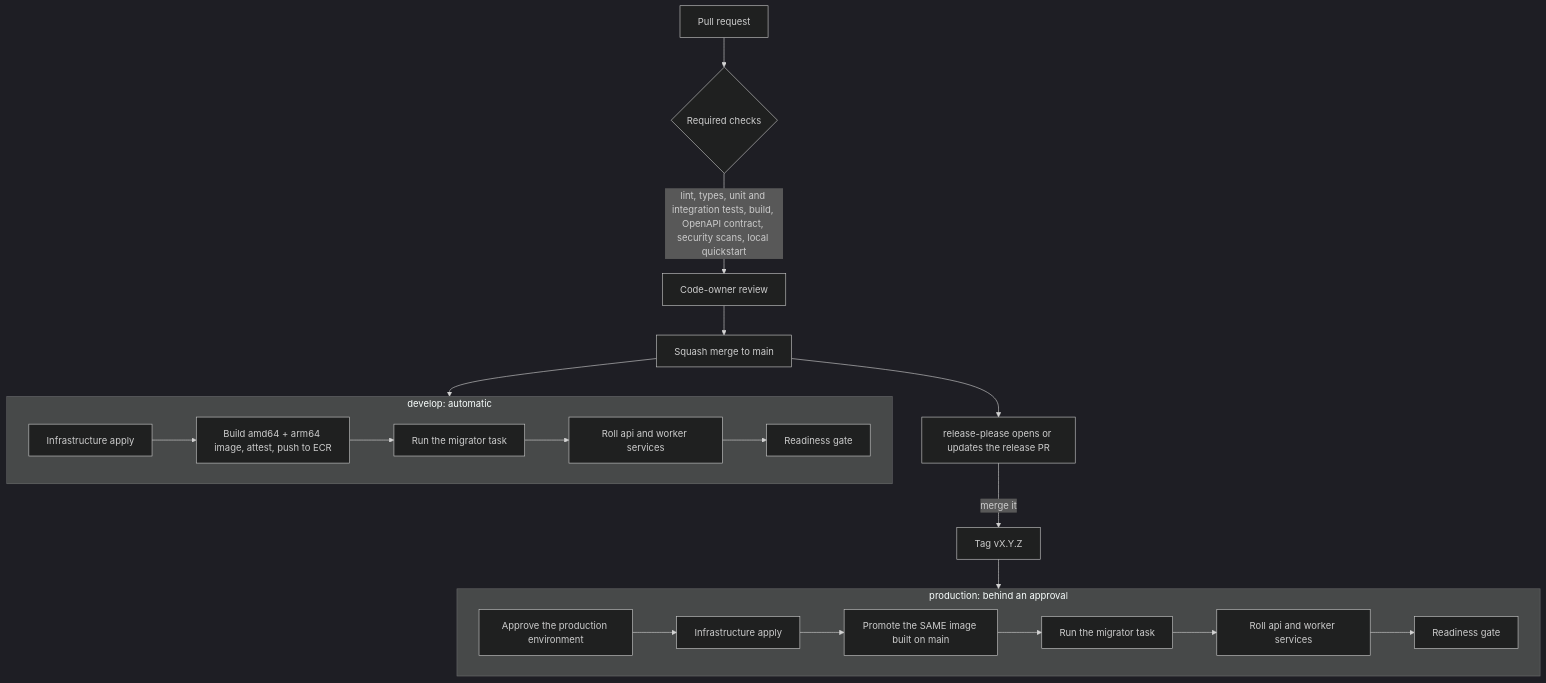
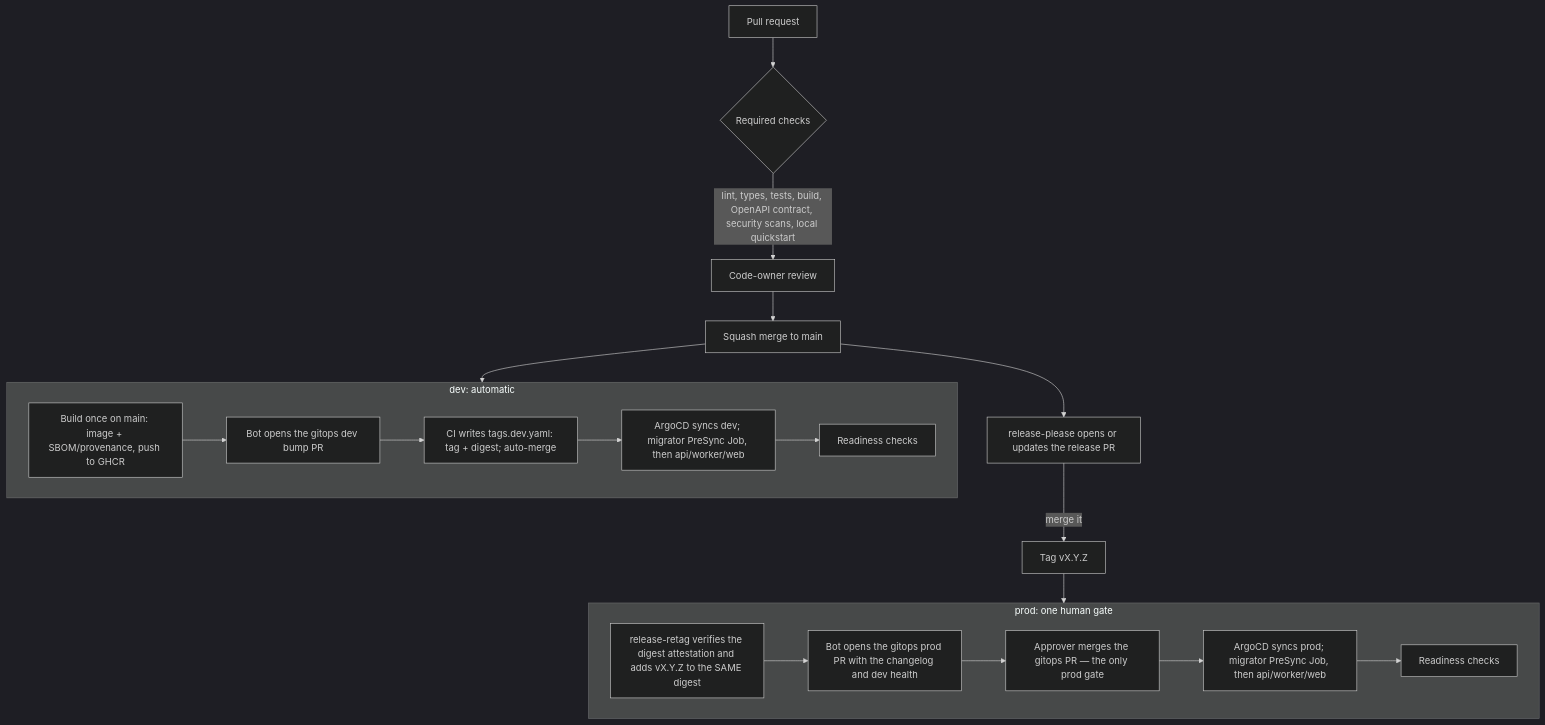
Before and after one commit to quynhonsemiconductor/.github: the fourth of 4 diagrams in docs/PLATFORM_ARCHITECTURE.md, drawn with Mermaid (dark theme). The commit also changed other lines of this file and 5 other files, not shown here.

````diff
--- a/docs/PLATFORM_ARCHITECTURE.md
+++ b/docs/PLATFORM_ARCHITECTURE.md
@@ -169,24 +169,23 @@
 ```mermaid
 flowchart TD
   pr[Pull request] --> checks{Required checks}
-  checks -->|lint, types, unit and integration tests, build, OpenAPI contract, security scans, local quickstart| review[Code-owner review]
+  checks -->|lint, types, tests, build, OpenAPI contract, security scans, local quickstart| review[Code-owner review]
   review --> merge[Squash merge to main]
   merge --> dev
   merge --> rp[release-please opens or updates the release PR]
   rp -->|merge it| tag[Tag vX.Y.Z]
   tag --> prod
 
-  subgraph dev[develop: automatic]
-    d1[Infrastructure apply] --> d2[Build amd64 + arm64 image, attest, push to ECR]
-    d2 --> d3[Run the migrator task]
-    d3 --> d4[Roll api and worker services]
-    d4 --> d5[Readiness gate]
+  subgraph dev[dev: automatic]
+    d1[Build once on main: image + SBOM/provenance, push to GHCR] --> d2[Bot opens the gitops dev bump PR]
+    d2 --> d3[CI writes tags.dev.yaml: tag + digest; auto-merge]
+    d3 --> d4[ArgoCD syncs dev; migrator PreSync Job, then api/worker/web]
+    d4 --> d5[Readiness checks]
   end
-  subgraph prod[production: behind an approval]
-    p1[Approve the production environment] --> p2[Infrastructure apply]
-    p2 --> p3[Promote the SAME image built on main]
-    p3 --> p4[Run the migrator task]
-    p4 --> p5[Roll api and worker services]
-    p5 --> p6[Readiness gate]
+  subgraph prod[prod: one human gate]
+    p1[release-retag verifies the digest attestation and adds vX.Y.Z to the SAME digest] --> p2[Bot opens the gitops prod PR with the changelog and dev health]
+    p2 --> p3[Approver merges the gitops PR — the only prod gate]
+    p3 --> p4[ArgoCD syncs prod; migrator PreSync Job, then api/worker/web]
+    p4 --> p5[Readiness checks]
   end
 ```
````
